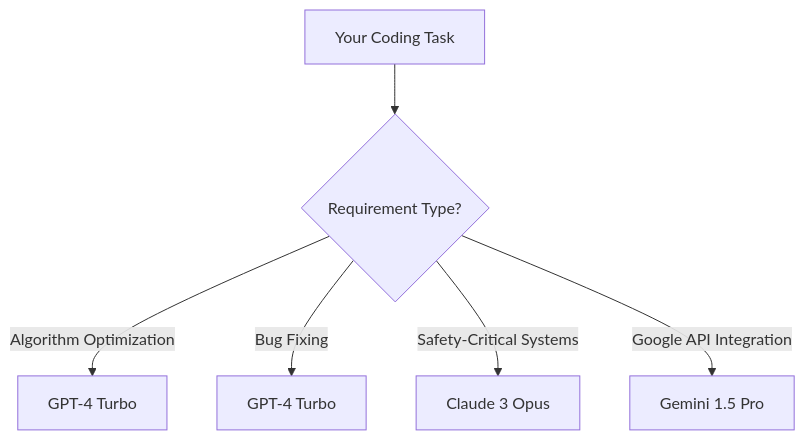
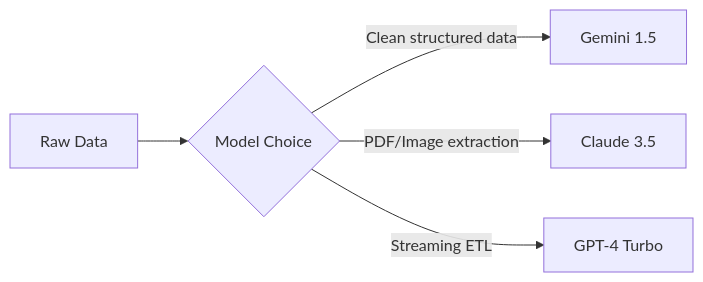
The diagram in content/articles/claude-vs-gpt-4-vs-gemini-the-ultimate-ai-comparison.mdx (hafizhpratama/blog-starter), drawn with Mermaid before and after one commit. The commit also changed other lines of this file and 1 other file, not shown here.

````diff
--- a/content/articles/claude-vs-gpt-4-vs-gemini-the-ultimate-ai-comparison.mdx
+++ b/content/articles/claude-vs-gpt-4-vs-gemini-the-ultimate-ai-comparison.mdx
@@ -145,8 +81,7 @@
-```mermaid
-flowchart TD
-    A[Your Coding Task] --> B{Requirement Type?}
-    B -->|Algorithm Optimization| C[GPT-4 Turbo]
-    B -->|Bug Fixing| D[GPT-4 Turbo]
-    B -->|Safety-Critical Systems| E[Claude 3 Opus]
-    B -->|Google API Integration| F[Gemini 1.5 Pro]
+```mermaid  
+flowchart LR  
+A[Raw Data] --> B{Model Choice}  
+B -->|Clean structured data| C[Gemini 1.5]  
+B -->|PDF/Image extraction| D[Claude 3.5]  
+B -->|Streaming ETL| E[GPT-4 Turbo]  
 ```
````
